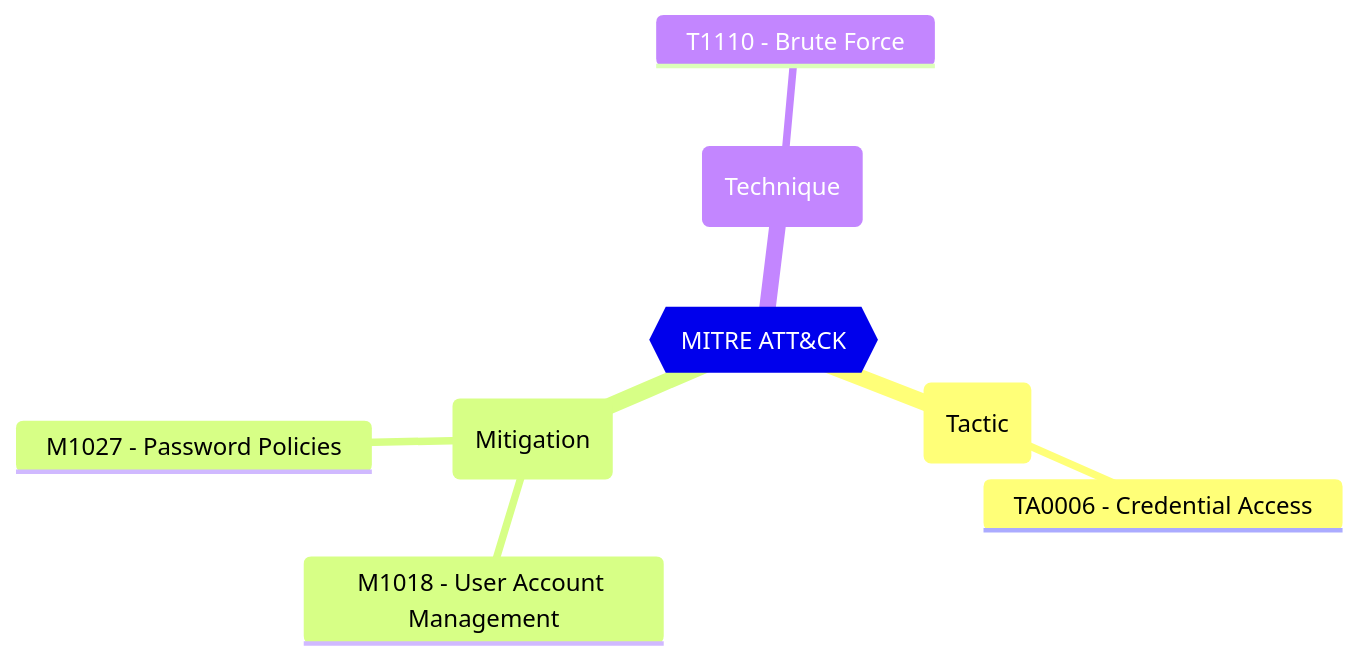
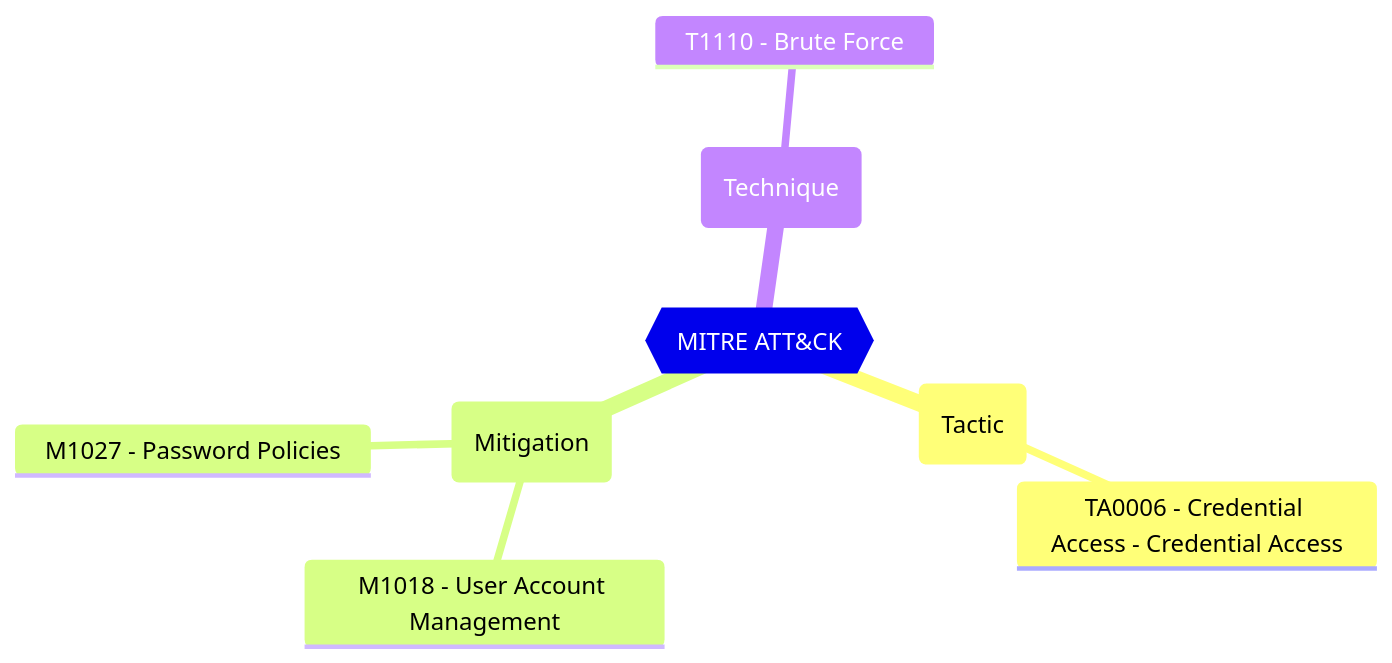
Before and after one commit to maester365/maester: the diagram in docs/docs/tests/AADSC/AADSC.settings.BannedPasswordCheckOnPremisesMode.md, drawn with Mermaid. The commit also changed other lines of this file and 95 other files, not shown here.

````diff
--- a/docs/docs/tests/AADSC/AADSC.settings.BannedPasswordCheckOnPremisesMode.md
+++ b/docs/docs/tests/AADSC/AADSC.settings.BannedPasswordCheckOnPremisesMode.md
@@ -19,11 +31,11 @@
 ```mermaid
 mindmap
   root{{MITRE ATT&CK}}
     (Tactic)
-      TA0006 - Credential Access
+      TA0006 - Credential Access - Credential Access
     (Mitigation)
-      M1018 - User Account Management
+       M1018 - User Account Management
       M1027 - Password Policies
     (Technique)
       T1110 - Brute Force
 ```
````
